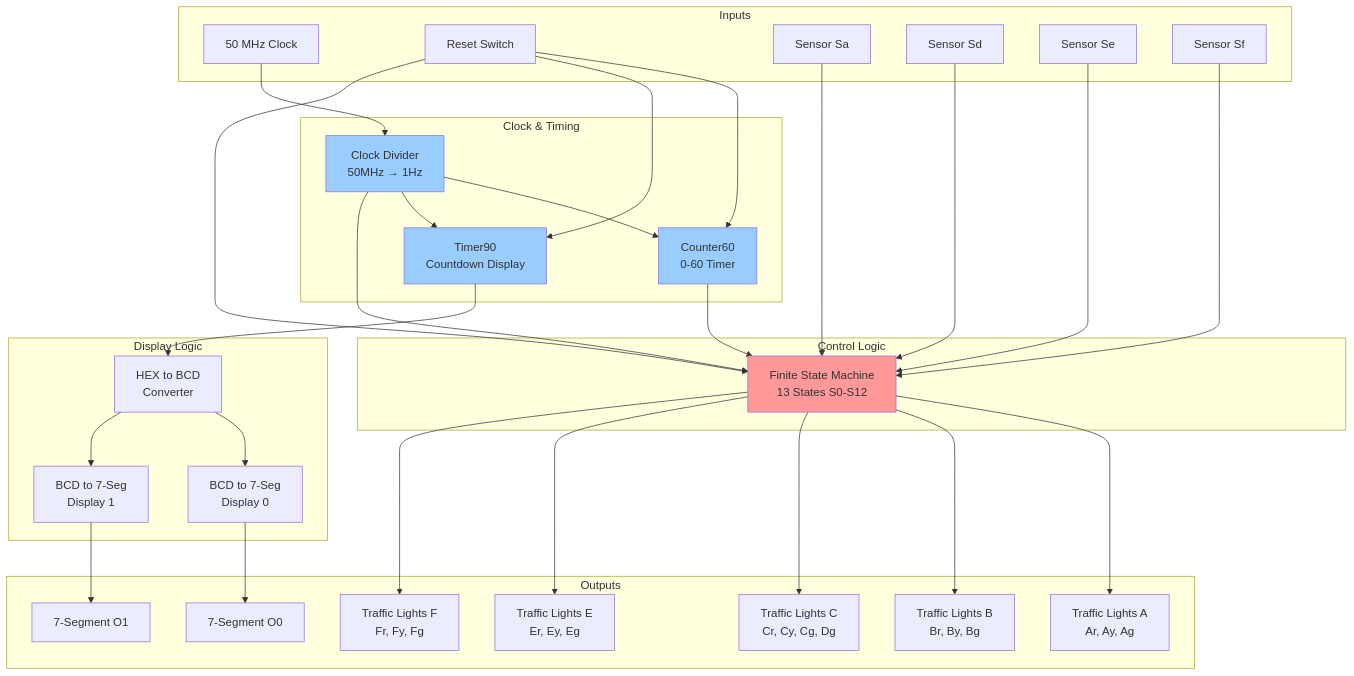
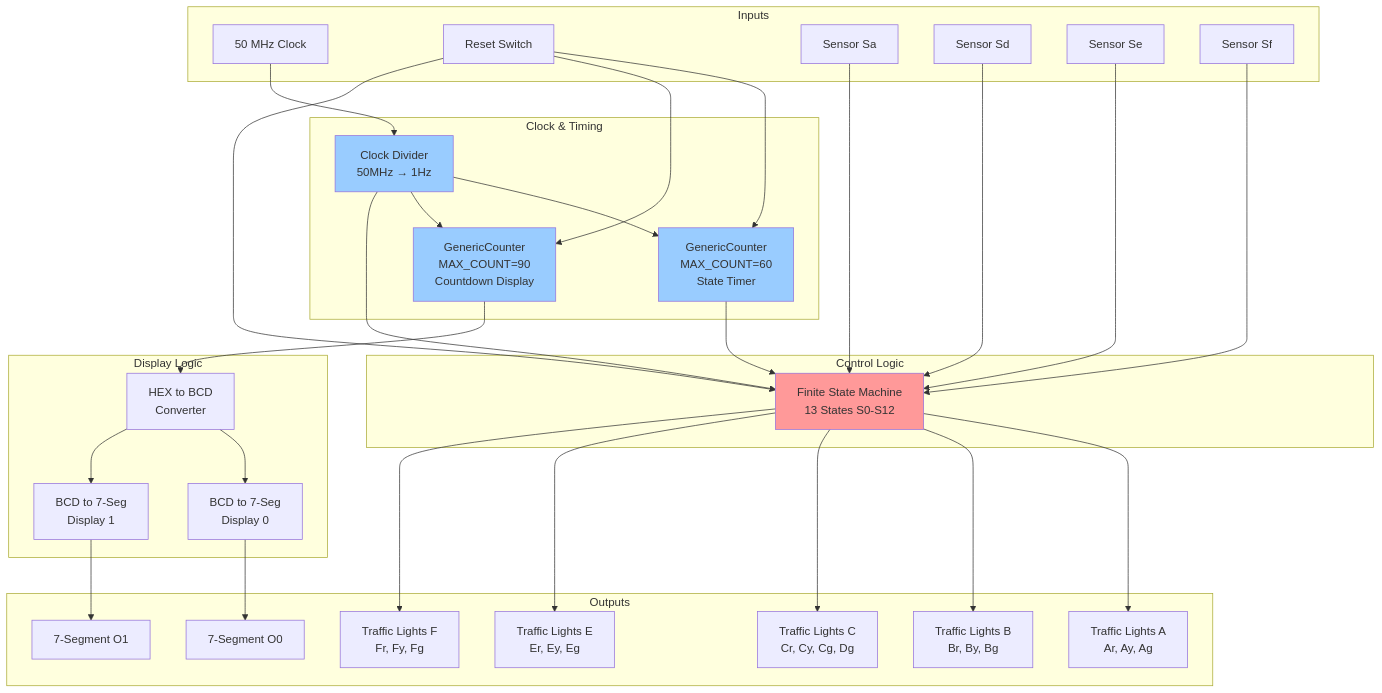
Before and after one commit to emansarahafi/TrafficLightsController: the second of 2 diagrams in README.md, drawn with Mermaid. The commit also changed other lines of this file and 13 other files, not shown here.

````diff
--- a/README.md
+++ b/README.md
@@ -197,70 +195,70 @@
 ```mermaid
 graph TB
     subgraph Inputs
         CLK[50 MHz Clock]
         RESET[Reset Switch]
         SA[Sensor Sa]
         SD[Sensor Sd]
         SE[Sensor Se]
         SF[Sensor Sf]
     end
     
     subgraph "Clock & Timing"
         CLOCK[Clock Divider<br/>50MHz → 1Hz]
-        COUNTER[Counter60<br/>0-60 Timer]
-        TIMER[Timer90<br/>Countdown Display]
+        COUNTER[GenericCounter<br/>MAX_COUNT=60<br/>State Timer]
+        TIMER[GenericCounter<br/>MAX_COUNT=90<br/>Countdown Display]
     end
     
     subgraph "Control Logic"
         FSM[Finite State Machine<br/>13 States S0-S12]
     end
     
     subgraph "Display Logic"
         HEX2BCD[HEX to BCD<br/>Converter]
         BCD2SEG0[BCD to 7-Seg<br/>Display 0]
         BCD2SEG1[BCD to 7-Seg<br/>Display 1]
     end
     
     subgraph Outputs
         O0[7-Segment O0]
         O1[7-Segment O1]
         TL_A[Traffic Lights A<br/>Ar, Ay, Ag]
         TL_B[Traffic Lights B<br/>Br, By, Bg]
         TL_C[Traffic Lights C<br/>Cr, Cy, Cg, Dg]
         TL_E[Traffic Lights E<br/>Er, Ey, Eg]
         TL_F[Traffic Lights F<br/>Fr, Fy, Fg]
     end
     
     CLK --> CLOCK
     CLOCK --> COUNTER
     CLOCK --> TIMER
     CLOCK --> FSM
     
     RESET --> COUNTER
     RESET --> TIMER
     RESET --> FSM
     
     SA --> FSM
     SD --> FSM
     SE --> FSM
     SF --> FSM
     
     COUNTER --> FSM
     
     FSM --> TL_A
     FSM --> TL_B
     FSM --> TL_C
     FSM --> TL_E
     FSM --> TL_F
     
     TIMER --> HEX2BCD
     HEX2BCD --> BCD2SEG0
     HEX2BCD --> BCD2SEG1
     BCD2SEG0 --> O0
     BCD2SEG1 --> O1
     
     style FSM fill:#ff9999
     style CLOCK fill:#99ccff
     style COUNTER fill:#99ccff
     style TIMER fill:#99ccff
 ```
````
